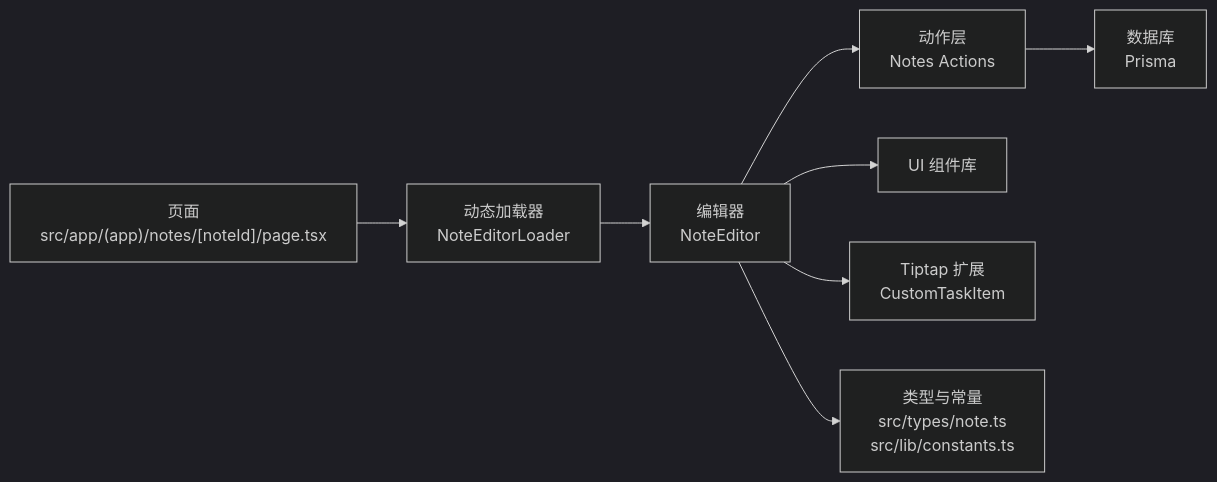
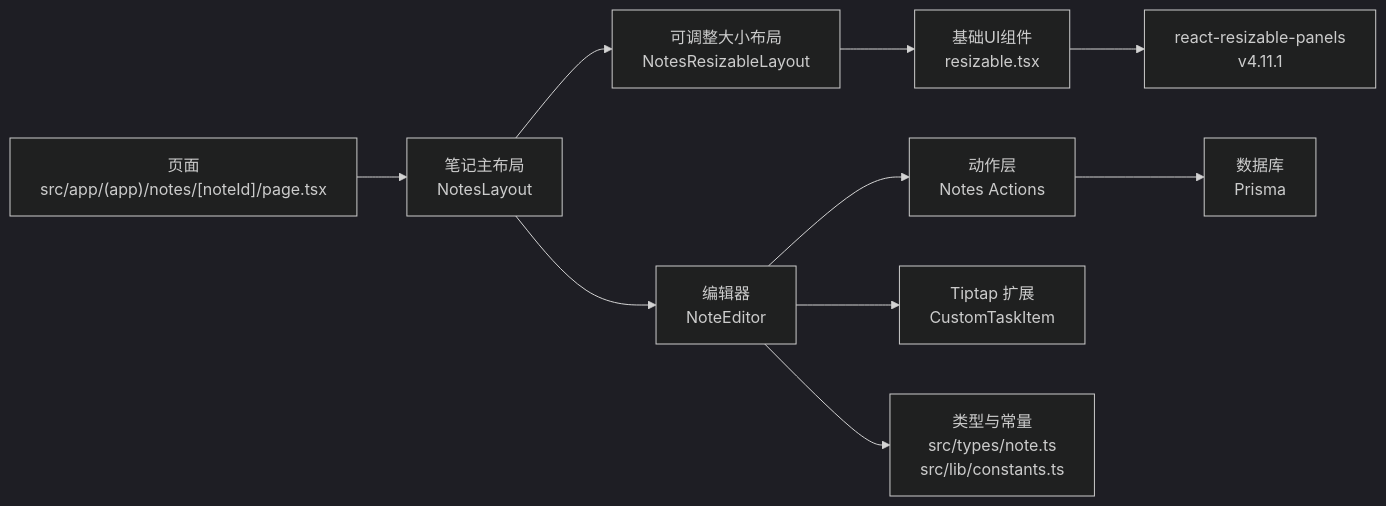
The fifth of 5 diagrams in .qoder/repowiki/zh/content/架构设计/组件架构设计.md (qiuziGirl/smart-todo), drawn with Mermaid (dark theme) before and after one commit. The commit also changed other lines of this file and 8 other files, not shown here.

````diff
--- a/.qoder/repowiki/zh/content/架构设计/组件架构设计.md
+++ b/.qoder/repowiki/zh/content/架构设计/组件架构设计.md
@@ -245,10 +348,12 @@
 ```mermaid
 graph LR
-Page["页面<br/>src/app/(app)/notes/[noteId]/page.tsx"] --> Loader["动态加载器<br/>NoteEditorLoader"]
-Loader --> Editor["编辑器<br/>NoteEditor"]
+Page["页面<br/>src/app/(app)/notes/[noteId]/page.tsx"] --> Layout["笔记主布局<br/>NotesLayout"]
+Layout --> Resizable["可调整大小布局<br/>NotesResizableLayout"]
+Resizable --> UIRes["基础UI组件<br/>resizable.tsx"]
+UIRes --> RRP["react-resizable-panels<br/>v4.11.1"]
+Layout --> Editor["编辑器<br/>NoteEditor"]
 Editor --> Actions["动作层<br/>Notes Actions"]
 Actions --> DB["数据库<br/>Prisma"]
-Editor --> UI["UI 组件库"]
 Editor --> Ext["Tiptap 扩展<br/>CustomTaskItem"]
 Editor --> Types["类型与常量<br/>src/types/note.ts<br/>src/lib/constants.ts"]
 ```
````
